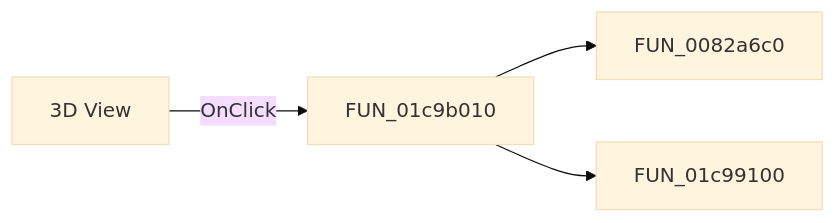
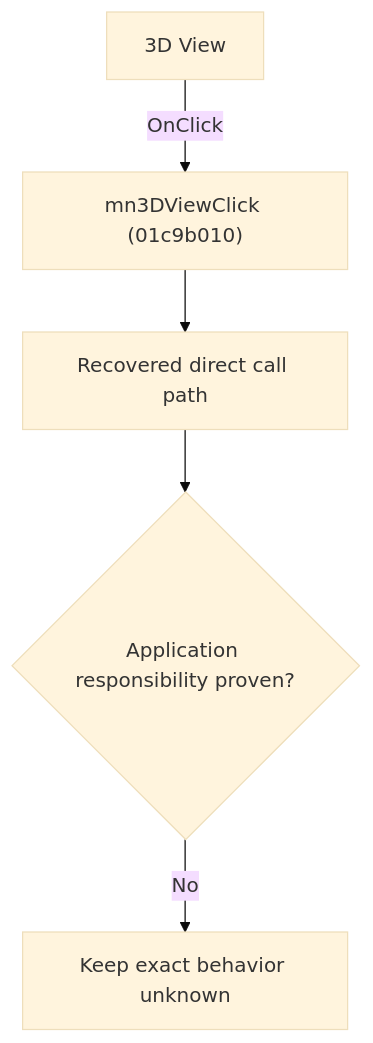
Before and after one commit to MovGP0/TIARA: the diagram in docs/ui-controls/schematiceditor/mn3dview-eafbb8eb6a.md, drawn with Mermaid (base theme). The commit also changed other lines of this file and 1062 other files, not shown here.

````diff
--- a/docs/ui-controls/schematiceditor/mn3dview-eafbb8eb6a.md
+++ b/docs/ui-controls/schematiceditor/mn3dview-eafbb8eb6a.md
@@ -27,6 +27,7 @@
 ```mermaid
-flowchart LR
-    control["3D View"] -->|OnClick| handler["FUN_01c9b010"]
-    handler --> call1["FUN_0082a6c0"]
-    handler --> call2["FUN_01c99100"]
+flowchart TD
+    control["3D View"] -->|"OnClick"| handler["mn3DViewClick (01c9b010)"]
+    handler --> recovered["Recovered direct call path"]
+    recovered --> gap{"Application responsibility proven?"}
+    gap -->|"No"| blocked["Keep exact behavior unknown"]
 ```
````
